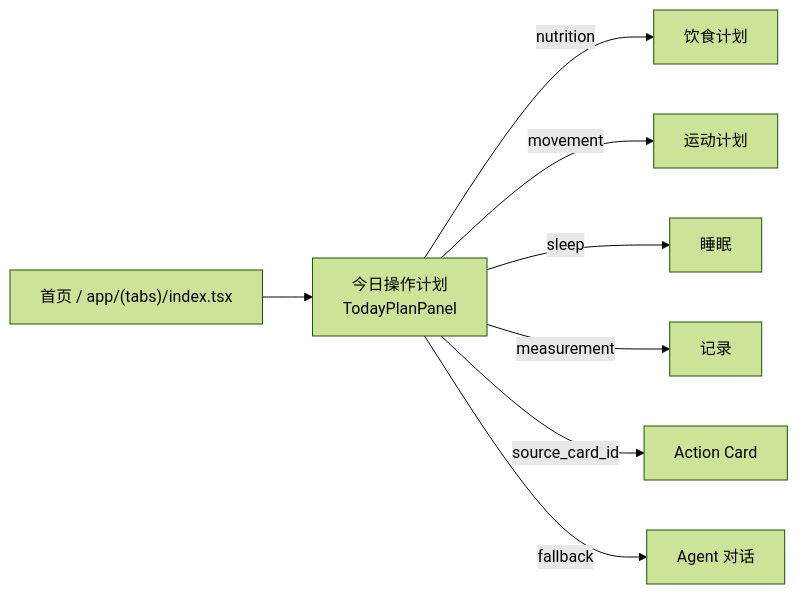
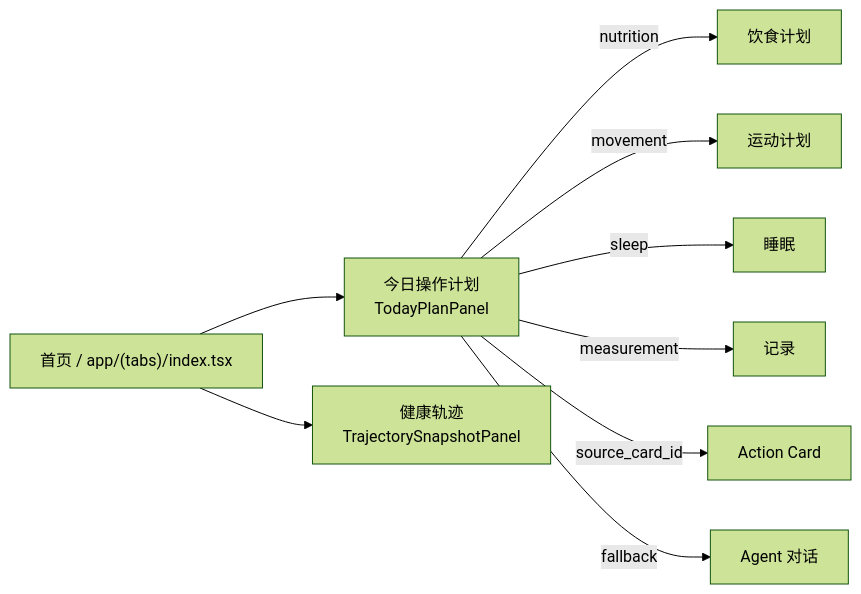
Before and after one commit to itsoso/health-llm-driven: the fourth of 4 diagrams in docs/AGENT_NATIVE_HEALTH_OS_ARCHITECTURE.md, drawn with Mermaid (forest theme). The commit also changed other lines of this file and 11 other files, not shown here.

Commit message:
feat(trajectory): add upstream health snapshot

````diff
--- a/docs/AGENT_NATIVE_HEALTH_OS_ARCHITECTURE.md
+++ b/docs/AGENT_NATIVE_HEALTH_OS_ARCHITECTURE.md
@@ -139,19 +181,21 @@
 ```mermaid
 flowchart LR
   Home["首页 / app/(tabs)/index.tsx"]
   Plan["今日操作计划<br/>TodayPlanPanel"]
+  Traj["健康轨迹<br/>TrajectorySnapshotPanel"]
   Chat["Agent 对话"]
   Record["记录"]
   Diet["饮食计划"]
   Movement["运动计划"]
   Sleep["睡眠"]
   Card["Action Card"]
 
   Home --> Plan
+  Home --> Traj
   Plan -->|"nutrition"| Diet
   Plan -->|"movement"| Movement
   Plan -->|"sleep"| Sleep
   Plan -->|"measurement"| Record
   Plan -->|"source_card_id"| Card
   Plan -->|"fallback"| Chat
 ```
````
